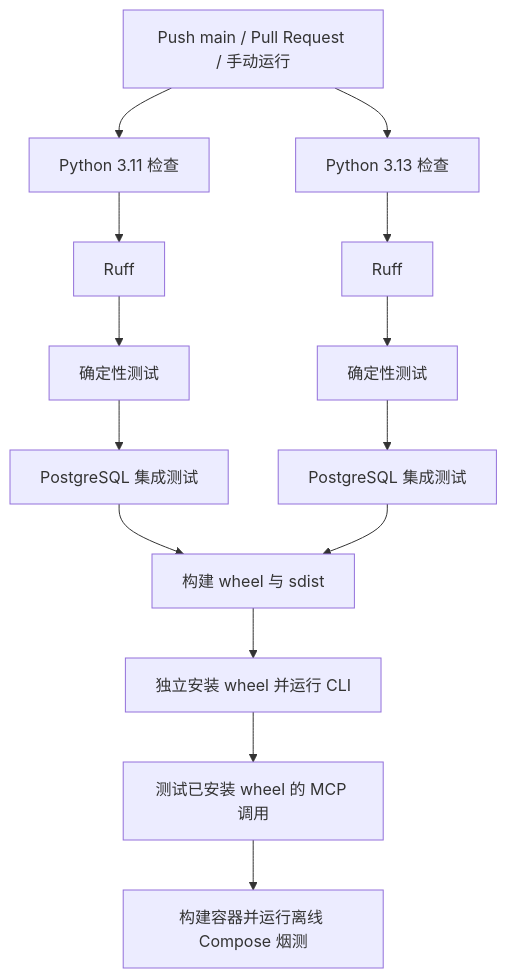
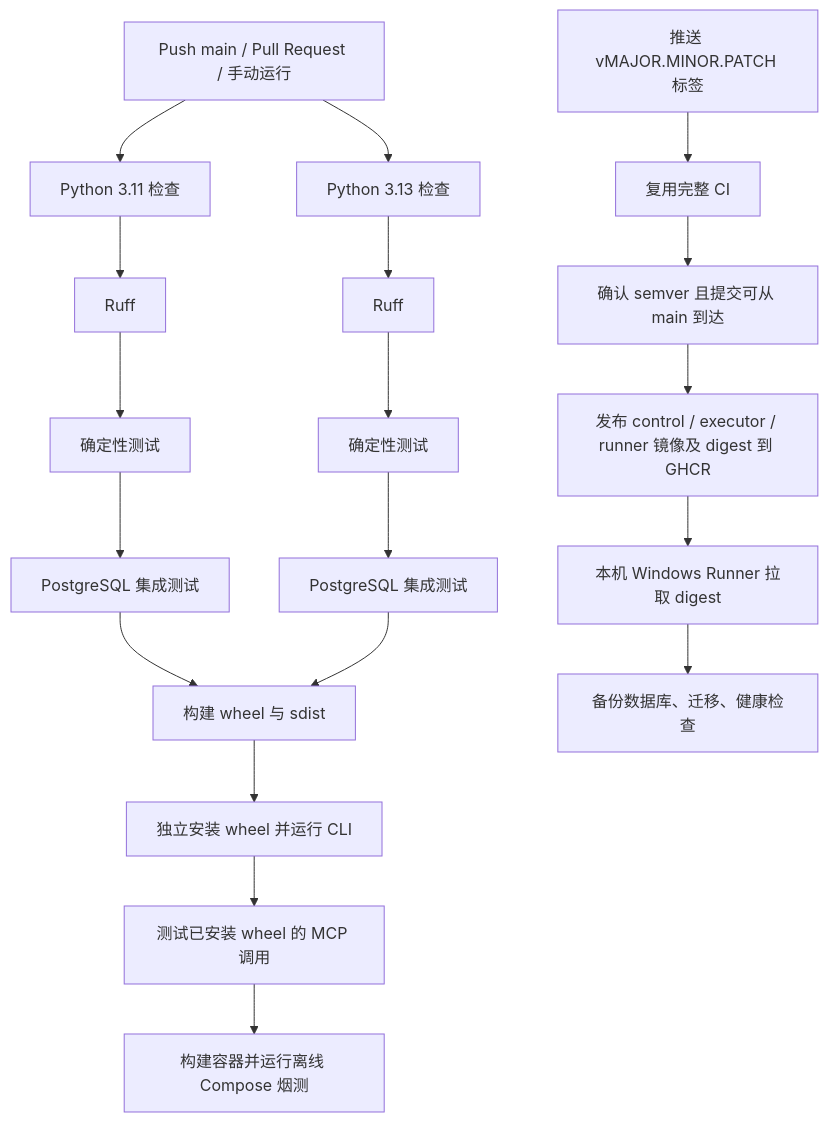
One commit to shuaibilx/DecAgent changed the diagram in generated/261016/CI-CD/1938_GitHub_Actions持续集成教程.md. Above: the diagram before and after it, drawn with Mermaid. The commit also changed other lines of this file and 11 other files, not shown here.

````diff
--- a/generated/261016/CI-CD/1938_GitHub_Actions持续集成教程.md
+++ b/generated/261016/CI-CD/1938_GitHub_Actions持续集成教程.md
@@ -23,16 +24,21 @@
 ```mermaid
 flowchart TD
     A[Push main / Pull Request / 手动运行] --> B[Python 3.11 检查]
     A --> C[Python 3.13 检查]
     B --> B1[Ruff]
     B1 --> B2[确定性测试]
     B2 --> B3[PostgreSQL 集成测试]
     C --> C1[Ruff]
     C1 --> C2[确定性测试]
     C2 --> C3[PostgreSQL 集成测试]
     B3 --> D[构建 wheel 与 sdist]
     C3 --> D
     D --> E[独立安装 wheel 并运行 CLI]
     E --> F[测试已安装 wheel 的 MCP 调用]
     F --> G[构建容器并运行离线 Compose 烟测]
+    H[推送 vMAJOR.MINOR.PATCH 标签] --> I[复用完整 CI]
+    I --> J[确认 semver 且提交可从 main 到达]
+    J --> K[发布 control / executor / runner 镜像及 digest 到 GHCR]
+    K --> L[本机 Windows Runner 拉取 digest]
+    L --> M[备份数据库、迁移、健康检查]
 ```
````
